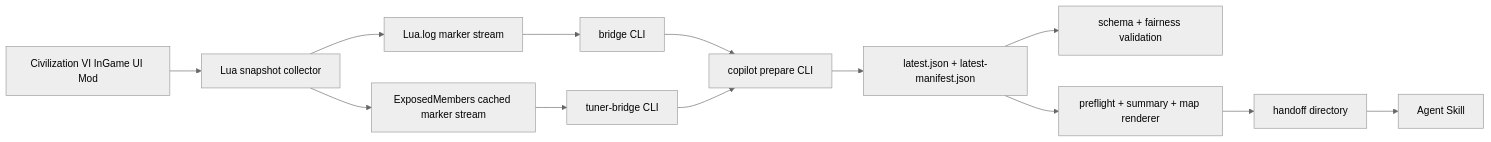
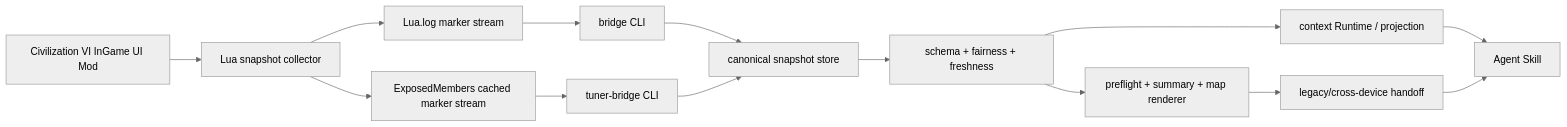
One commit to KroMiose/civ6-ai-copilot changed the diagram in docs/project-definition.md. Above: the diagram before and after it, drawn with Mermaid (neutral theme). The commit also changed other lines of this file, not shown here.

Commit message:
docs: define zero-orchestration Agent runtime contract

````diff
--- a/docs/project-definition.md
+++ b/docs/project-definition.md
@@ -52,15 +53,16 @@
 ```mermaid
 flowchart LR
   A["Civilization VI InGame UI Mod"] --> B["Lua snapshot collector"]
   B --> C["Lua.log marker stream"]
   B --> D["ExposedMembers cached marker stream"]
   C --> E["bridge CLI"]
   D --> F["tuner-bridge CLI"]
-  E --> P["copilot prepare CLI"]
-  F --> P
-  P --> G["latest.json + latest-manifest.json"]
-  G --> H["schema + fairness validation"]
-  G --> I["preflight + summary + map renderer"]
-  I --> J["handoff directory"]
-  J --> K["Agent Skill"]
+  E --> G["canonical snapshot store"]
+  F --> G
+  G --> H["schema + fairness + freshness"]
+  H --> CXT["context Runtime / projection"]
+  CXT --> K["Agent Skill"]
+  H --> I["preflight + summary + map renderer"]
+  I --> J["legacy/cross-device handoff"]
+  J --> K
 ```
````
